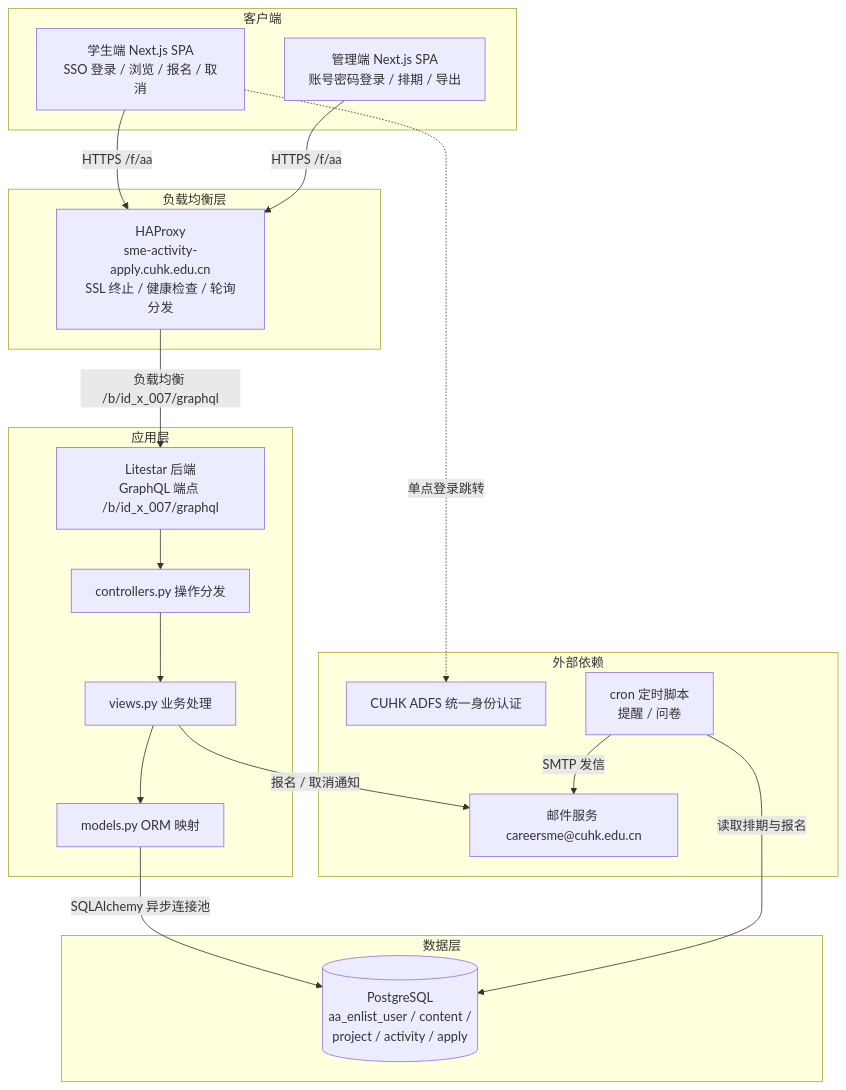
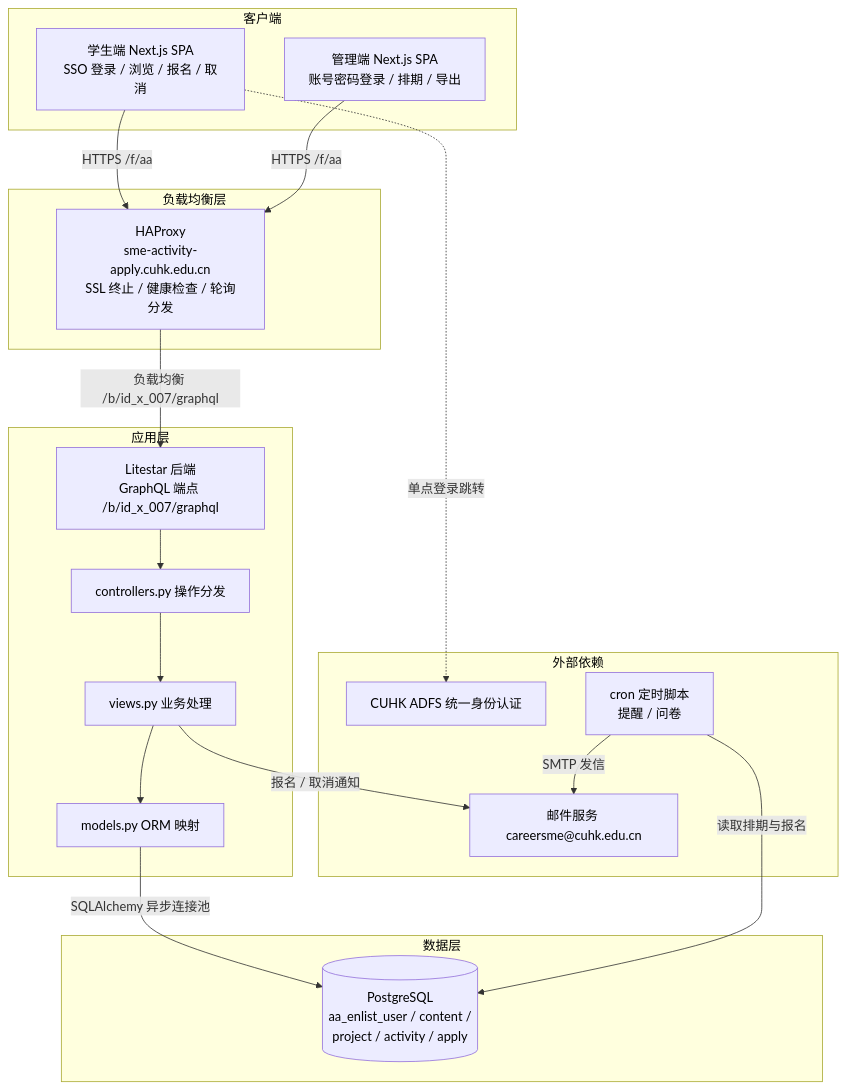
The first of 2 diagrams in README.md (i-TorchLabs/id_x_007), drawn with Mermaid before and after one commit.

````diff
--- a/README.md
+++ b/README.md
@@ -64,38 +64,46 @@
 ```mermaid
 graph TD
     subgraph 客户端
         STU[学生端 Next.js SPA<br/>SSO 登录 / 浏览 / 报名 / 取消]
         ADM[管理端 Next.js SPA<br/>账号密码登录 / 排期 / 导出]
     end
 
     subgraph 负载均衡层
         HAP[HAProxy<br/>sme-activity-apply.cuhk.edu.cn<br/>SSL 终止 / 健康检查 / 轮询分发]
     end
 
     subgraph 应用层
         API[Litestar 后端<br/>GraphQL 端点 /b/id_x_007/graphql]
         CTRL[controllers.py 操作分发]
         VIEW[views.py 业务处理]
         MODEL[models.py ORM 映射]
     end
 
     subgraph 数据层
         PG[(PostgreSQL<br/>aa_enlist_user / content /<br/>project / activity / apply)]
     end
 
     subgraph 外部依赖
         SSO[CUHK ADFS 统一身份认证]
         SMTP[邮件服务 careersme@cuhk.edu.cn]
         CRON[cron 定时脚本<br/>提醒 / 问卷]
     end
 
     STU -->|HTTPS /f/aa| HAP
     ADM -->|HTTPS /f/aa| HAP
     HAP -->|负载均衡 /b/id_x_007/graphql| API
     STU -.->|单点登录跳转| SSO
     API --> CTRL --> VIEW --> MODEL
     MODEL -->|SQLAlchemy 异步连接池| PG
     CRON -->|读取排期与报名| PG
     CRON -->|SMTP 发信| SMTP
     VIEW -->|报名 / 取消通知| SMTP
+
+    classDef blackText color:#000;
+    class STU,ADM,HAP,API,CTRL,VIEW,MODEL,PG,SSO,SMTP,CRON blackText;
+    style 客户端 color:#000
+    style 负载均衡层 color:#000
+    style 应用层 color:#000
+    style 数据层 color:#000
+    style 外部依赖 color:#000
 ```
````
